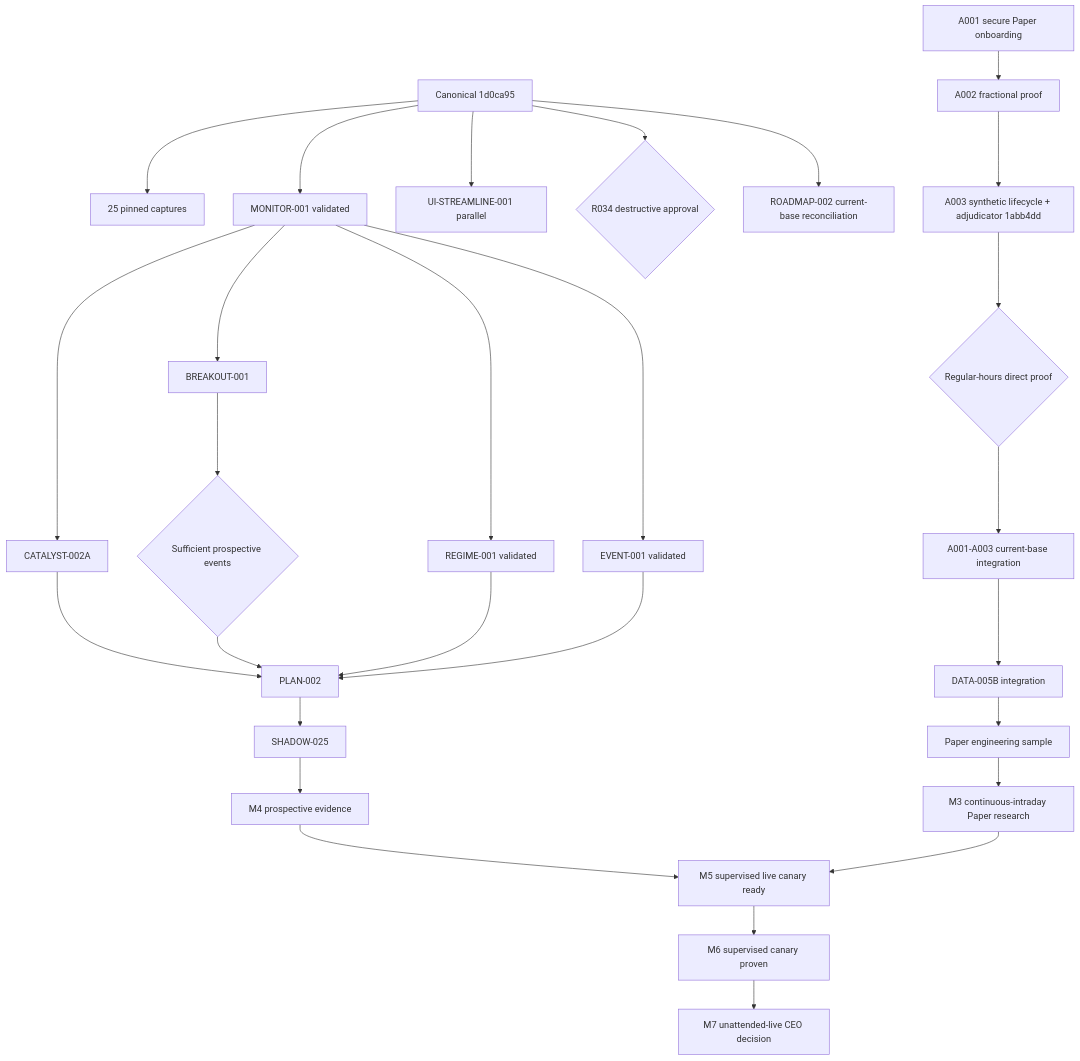
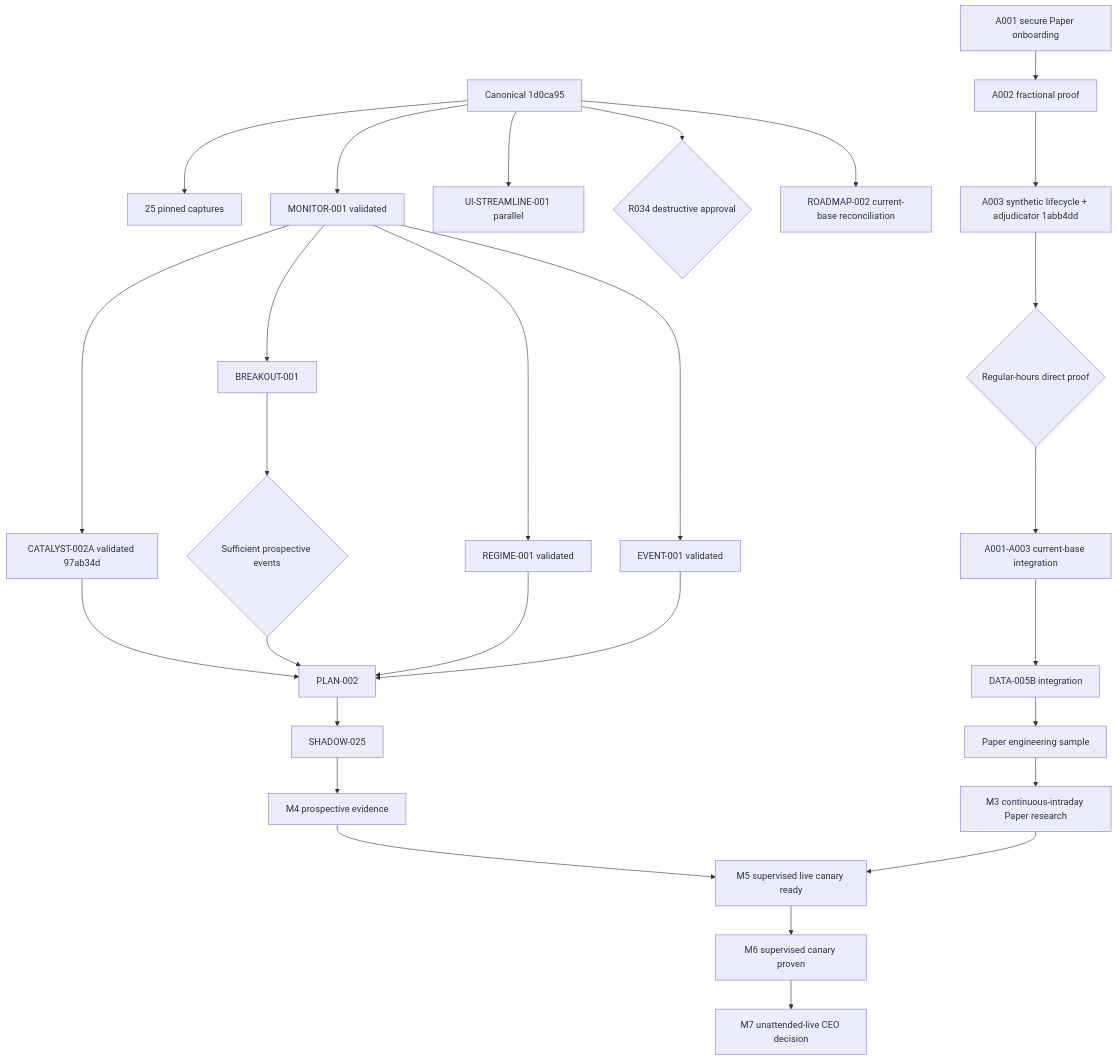
The diagram in docs/argus-office/ROADMAP.md (glas-zz-sfrog/Momentum-Hunter), drawn with Mermaid before and after one commit. The commit also changed other lines of this file, not shown here.

Commit message:
Update roadmap after catalyst evidence

````diff
--- a/docs/argus-office/ROADMAP.md
+++ b/docs/argus-office/ROADMAP.md
@@ -527,34 +527,34 @@
 ```mermaid
 flowchart TD
     MASTER[Canonical 1d0ca95] --> RUNTIME[25 pinned captures]
 
     A001[A001 secure Paper onboarding] --> A002[A002 fractional proof]
     A002 --> A003CODE[A003 synthetic lifecycle + adjudicator 1abb4dd]
     A003CODE --> A003LIVE{Regular-hours direct proof}
     A003LIVE --> A003INT[A001-A003 current-base integration]
     A003INT --> D5BINT[DATA-005B integration]
     D5BINT --> PAPERENG[Paper engineering sample]
 
     MASTER --> MON[MONITOR-001 validated]
-    MON --> CAT[CATALYST-002A]
+    MON --> CAT[CATALYST-002A validated 97ab34d]
     MON --> BR1[BREAKOUT-001]
     BR1 --> BR2{Sufficient prospective events}
     BR2 --> PLAN[PLAN-002]
     MON --> REG[REGIME-001 validated]
     MON --> EVT[EVENT-001 validated]
     CAT --> PLAN
     REG --> PLAN
     EVT --> PLAN
     PLAN --> SH25[SHADOW-025]
 
     PAPERENG --> M3[M3 continuous-intraday Paper research]
     SH25 --> M4[M4 prospective evidence]
     M3 --> M5[M5 supervised live canary ready]
     M4 --> M5
     M5 --> M6[M6 supervised canary proven]
     M6 --> M7[M7 unattended-live CEO decision]
 
     MASTER --> UI[UI-STREAMLINE-001 parallel]
     MASTER --> R034{R034 destructive approval}
     MASTER --> RM2[ROADMAP-002 current-base reconciliation]
 ```
````
